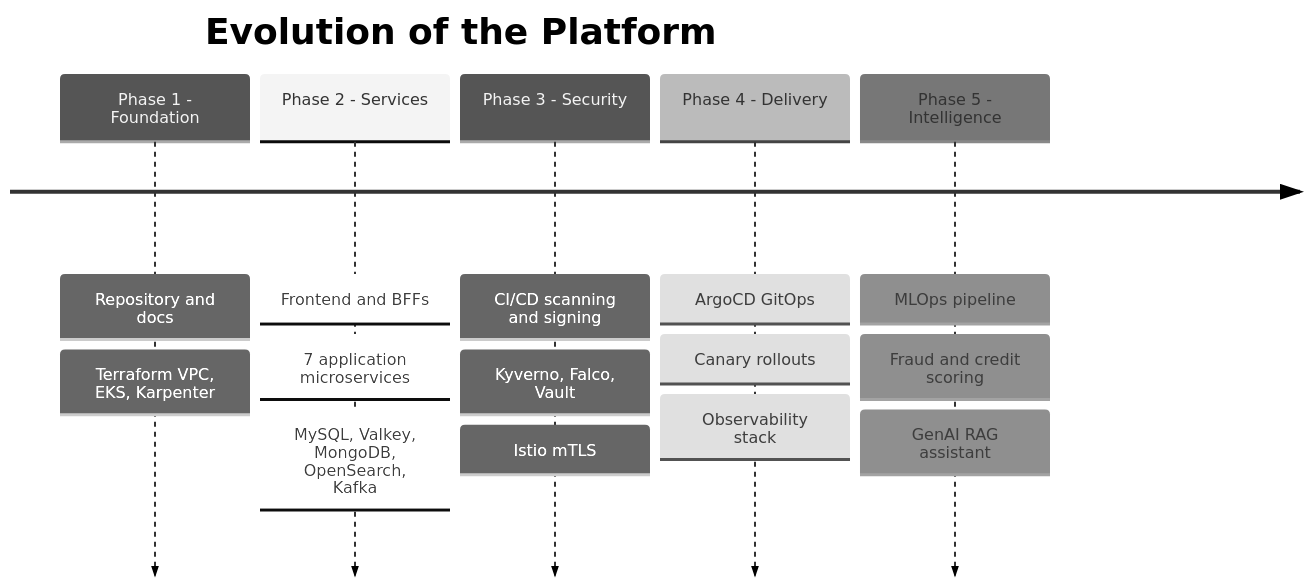
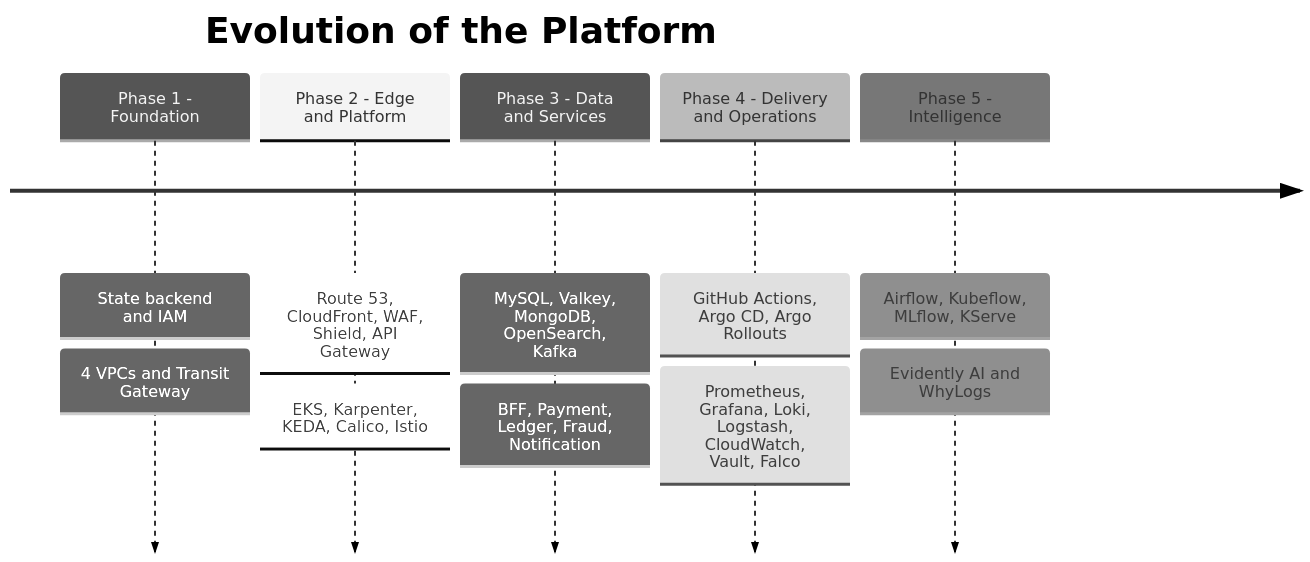
One commit to muntaha747/FinTech-Enterprise-Project changed diagram 25 of 25 in README.md. Above: the diagram before and after it, drawn with Mermaid (neutral theme). The commit also changed other lines of this file and 1 other file, not shown here.

First line of the commit message:
README: align the whole README with the two architecture diagrams [skip ci]

````diff
--- a/README.md
+++ b/README.md
@@ -1493,9 +1240,9 @@
 ```mermaid
 timeline
     title Evolution of the Platform
-    Phase 1 - Foundation : Repository and docs : Terraform VPC, EKS, Karpenter
-    Phase 2 - Services : Frontend and BFFs : 7 application microservices : MySQL, Valkey, MongoDB, OpenSearch, Kafka
-    Phase 3 - Security : CI/CD scanning and signing : Kyverno, Falco, Vault : Istio mTLS
-    Phase 4 - Delivery : ArgoCD GitOps : Canary rollouts : Observability stack
-    Phase 5 - Intelligence : MLOps pipeline : Fraud and credit scoring : GenAI RAG assistant
+    Phase 1 - Foundation : State backend and IAM : 4 VPCs and Transit Gateway
+    Phase 2 - Edge and Platform : Route 53, CloudFront, WAF, Shield, API Gateway : EKS, Karpenter, KEDA, Calico, Istio
+    Phase 3 - Data and Services : MySQL, Valkey, MongoDB, OpenSearch, Kafka : BFF, Payment, Ledger, Fraud, Notification
+    Phase 4 - Delivery and Operations : GitHub Actions, Argo CD, Argo Rollouts : Prometheus, Grafana, Loki, Logstash, CloudWatch, Vault, Falco
+    Phase 5 - Intelligence : Airflow, Kubeflow, MLflow, KServe : Evidently AI and WhyLogs
 ```
````
